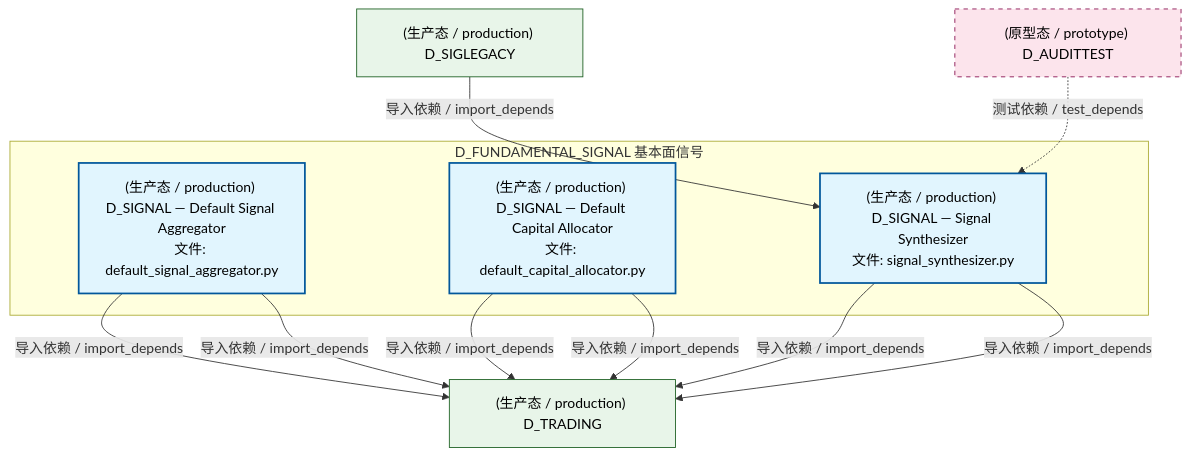
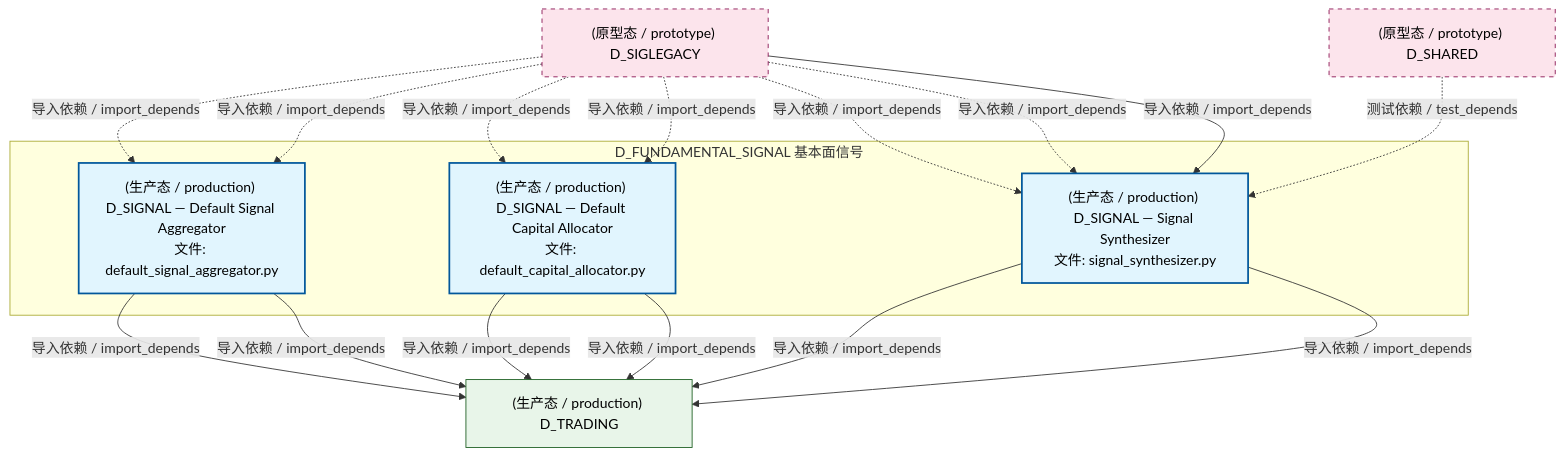
The second of 4 diagrams in docs/02_enterprise_architecture/02_domain_architecture_docs/35_d_fundamental_signal.md (xuanFelixVan/ZephyrAlpha), drawn with Mermaid before and after one commit. The commit also changed other lines of this file and 112 other files, not shown here.

````diff
--- a/docs/02_enterprise_architecture/02_domain_architecture_docs/35_d_fundamental_signal.md
+++ b/docs/02_enterprise_architecture/02_domain_architecture_docs/35_d_fundamental_signal.md
@@ -169,26 +134,32 @@
 ```mermaid
 graph TD
     subgraph D_FUNDAMENTAL_SIGNAL["D_FUNDAMENTAL_SIGNAL 基本面信号"]
         src_zephyr_signal_fundamental_gen_implementations_default_signal_aggregator_py["(生产态 / production) D_SIGNAL — Default Signal Aggregator<br/>文件: default_signal_aggregator.py"]
         src_zephyr_signal_fundamental_strategy_implementations_default_capital_allocator_py["(生产态 / production) D_SIGNAL — Default Capital Allocator<br/>文件: default_capital_allocator.py"]
         src_zephyr_signal_fundamental_synth_signal_synthesizer_py["(生产态 / production) D_SIGNAL — Signal Synthesizer<br/>文件: signal_synthesizer.py"]
     end
     D_TRADING["(生产态 / production) D_TRADING"]
     src_zephyr_signal_fundamental_gen_implementations_default_signal_aggregator_py -->|导入依赖 / import_depends| D_TRADING
     src_zephyr_signal_fundamental_gen_implementations_default_signal_aggregator_py -->|导入依赖 / import_depends| D_TRADING
     src_zephyr_signal_fundamental_strategy_implementations_default_capital_allocator_py -->|导入依赖 / import_depends| D_TRADING
     src_zephyr_signal_fundamental_strategy_implementations_default_capital_allocator_py -->|导入依赖 / import_depends| D_TRADING
     src_zephyr_signal_fundamental_synth_signal_synthesizer_py -->|导入依赖 / import_depends| D_TRADING
     src_zephyr_signal_fundamental_synth_signal_synthesizer_py -->|导入依赖 / import_depends| D_TRADING
-    D_SIGLEGACY["(生产态 / production) D_SIGLEGACY"]
+    D_SIGLEGACY["(原型态 / prototype) D_SIGLEGACY"]
+    D_SIGLEGACY -.->|导入依赖 / import_depends| src_zephyr_signal_fundamental_gen_implementations_default_signal_aggregator_py
+    D_SIGLEGACY -.->|导入依赖 / import_depends| src_zephyr_signal_fundamental_gen_implementations_default_signal_aggregator_py
+    D_SIGLEGACY -.->|导入依赖 / import_depends| src_zephyr_signal_fundamental_strategy_implementations_default_capital_allocator_py
+    D_SIGLEGACY -.->|导入依赖 / import_depends| src_zephyr_signal_fundamental_strategy_implementations_default_capital_allocator_py
+    D_SHARED["(原型态 / prototype) D_SHARED"]
+    D_SHARED -.->|测试依赖 / test_depends| src_zephyr_signal_fundamental_synth_signal_synthesizer_py
+    D_SIGLEGACY -.->|导入依赖 / import_depends| src_zephyr_signal_fundamental_synth_signal_synthesizer_py
+    D_SIGLEGACY -.->|导入依赖 / import_depends| src_zephyr_signal_fundamental_synth_signal_synthesizer_py
     D_SIGLEGACY -->|导入依赖 / import_depends| src_zephyr_signal_fundamental_synth_signal_synthesizer_py
-    D_AUDITTEST["(原型态 / prototype) D_AUDITTEST"]
-    D_AUDITTEST -.->|测试依赖 / test_depends| src_zephyr_signal_fundamental_synth_signal_synthesizer_py
     classDef production fill:#e1f5fe,stroke:#01579b,stroke-width:2px,color:#000
     classDef design fill:#fff3e0,stroke:#e65100,stroke-width:2px,color:#000,stroke-dasharray: 5 5
     classDef external_prod fill:#e8f5e9,stroke:#1b5e20,stroke-width:1px,color:#000
     classDef external_design fill:#fce4ec,stroke:#880e4f,stroke-width:1px,color:#000,stroke-dasharray: 5 5
     class src_zephyr_signal_fundamental_gen_implementations_default_signal_aggregator_py,src_zephyr_signal_fundamental_strategy_implementations_default_capital_allocator_py,src_zephyr_signal_fundamental_synth_signal_synthesizer_py production
-    class D_TRADING,D_SIGLEGACY external_prod
-    class D_AUDITTEST external_design
+    class D_TRADING external_prod
+    class D_SIGLEGACY,D_SHARED external_design
 ```
````
